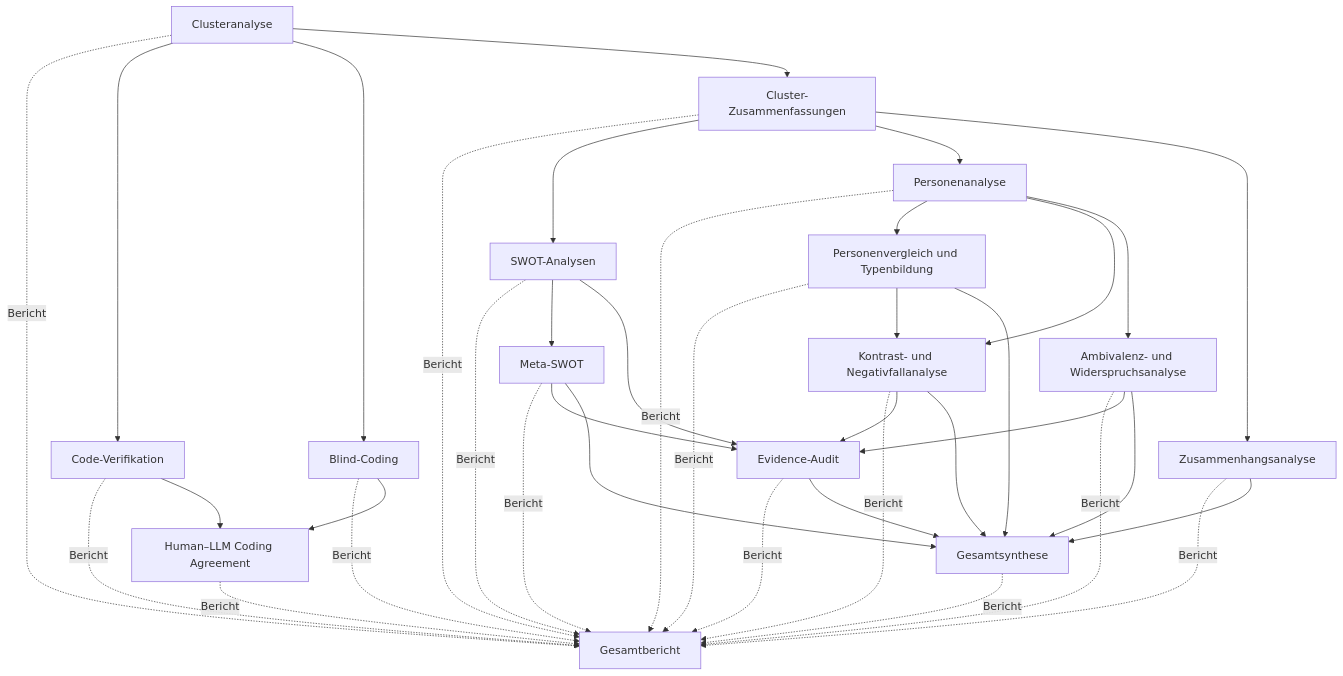
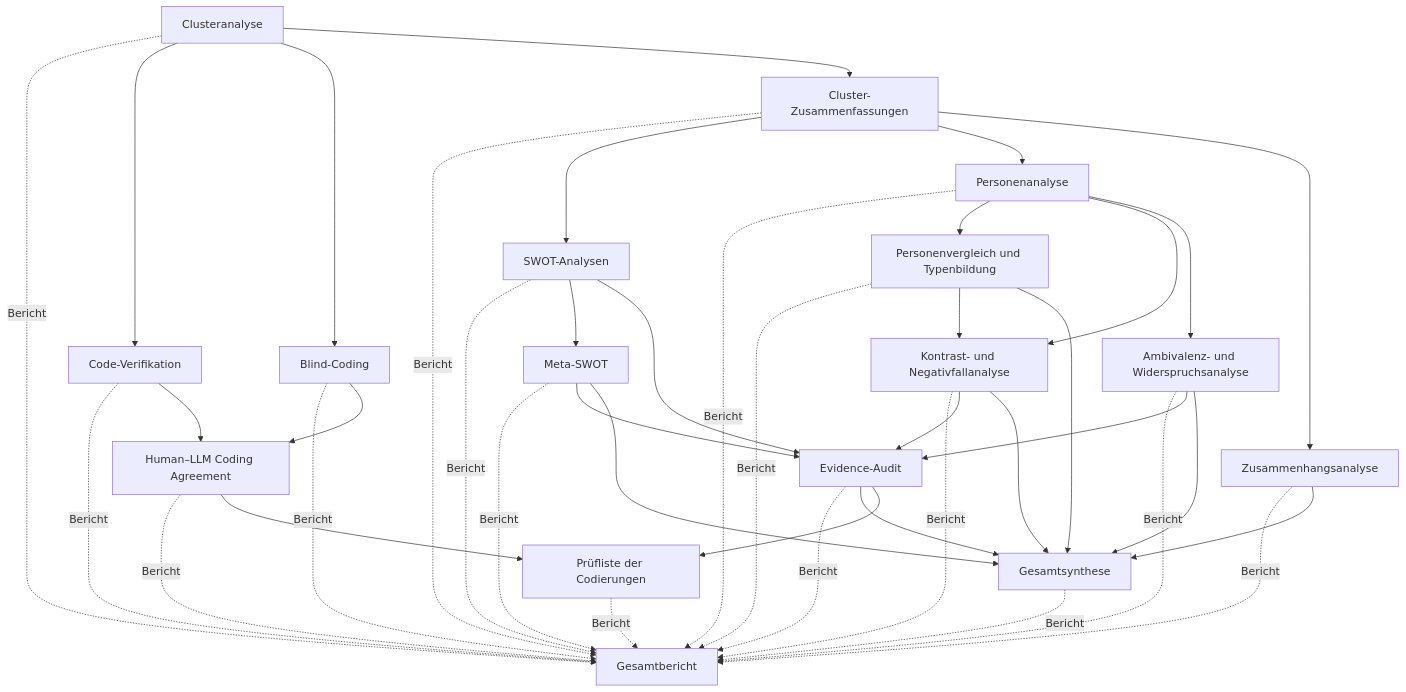
One commit to braendma/Qualitative-Analyse-mit-Ollama changed the diagram in README.md. Above: the diagram before and after it, drawn with Mermaid. The commit also changed other lines of this file and 21 other files, not shown here.

First line of the commit message:
Add passage-level multi-label coding, offline review and hierarchical synthesis

````diff
--- a/README.md
+++ b/README.md
@@ -60,54 +60,58 @@
 ```mermaid
 flowchart TD
   clusterer["Clusteranalyse"]
   code_verification["Code-Verifikation"]
   blind_coding["Blind-Coding"]
   coding_agreement["Human–LLM Coding Agreement"]
   summarizer["Cluster-Zusammenfassungen"]
   swot["SWOT-Analysen"]
   meta_swot["Meta-SWOT"]
   person_analysis["Personenanalyse"]
   person_comparison["Personenvergleich und Typenbildung"]
   contrast_analysis["Kontrast- und Negativfallanalyse"]
   relation_analysis["Zusammenhangsanalyse"]
   ambiguity_analysis["Ambivalenz- und Widerspruchsanalyse"]
   evidence_audit["Evidence-Audit"]
+  review_queue["Prüfliste der Codierungen"]
   overall_synthesis["Gesamtsynthese"]
   clusterer -. Bericht .-> gesamtbericht["Gesamtbericht"]
   clusterer --> code_verification
   code_verification -. Bericht .-> gesamtbericht["Gesamtbericht"]
   clusterer --> blind_coding
   blind_coding -. Bericht .-> gesamtbericht["Gesamtbericht"]
   code_verification --> coding_agreement
   blind_coding --> coding_agreement
   coding_agreement -. Bericht .-> gesamtbericht["Gesamtbericht"]
   clusterer --> summarizer
   summarizer -. Bericht .-> gesamtbericht["Gesamtbericht"]
   summarizer --> swot
   swot -. Bericht .-> gesamtbericht["Gesamtbericht"]
   swot --> meta_swot
   meta_swot -. Bericht .-> gesamtbericht["Gesamtbericht"]
   summarizer --> person_analysis
   person_analysis -. Bericht .-> gesamtbericht["Gesamtbericht"]
   person_analysis --> person_comparison
   person_comparison -. Bericht .-> gesamtbericht["Gesamtbericht"]
   person_analysis --> contrast_analysis
   person_comparison --> contrast_analysis
   contrast_analysis -. Bericht .-> gesamtbericht["Gesamtbericht"]
   summarizer --> relation_analysis
   relation_analysis -. Bericht .-> gesamtbericht["Gesamtbericht"]
   person_analysis --> ambiguity_analysis
   ambiguity_analysis -. Bericht .-> gesamtbericht["Gesamtbericht"]
   swot --> evidence_audit
   meta_swot --> evidence_audit
   contrast_analysis --> evidence_audit
   ambiguity_analysis --> evidence_audit
   evidence_audit -. Bericht .-> gesamtbericht["Gesamtbericht"]
   meta_swot --> overall_synthesis
   person_comparison --> overall_synthesis
   contrast_analysis --> overall_synthesis
   relation_analysis --> overall_synthesis
   ambiguity_analysis --> overall_synthesis
   evidence_audit --> overall_synthesis
+  coding_agreement --> review_queue
+  evidence_audit --> review_queue
+  review_queue -. Bericht .-> gesamtbericht
   overall_synthesis -. Bericht .-> gesamtbericht["Gesamtbericht"]
 ```
````
